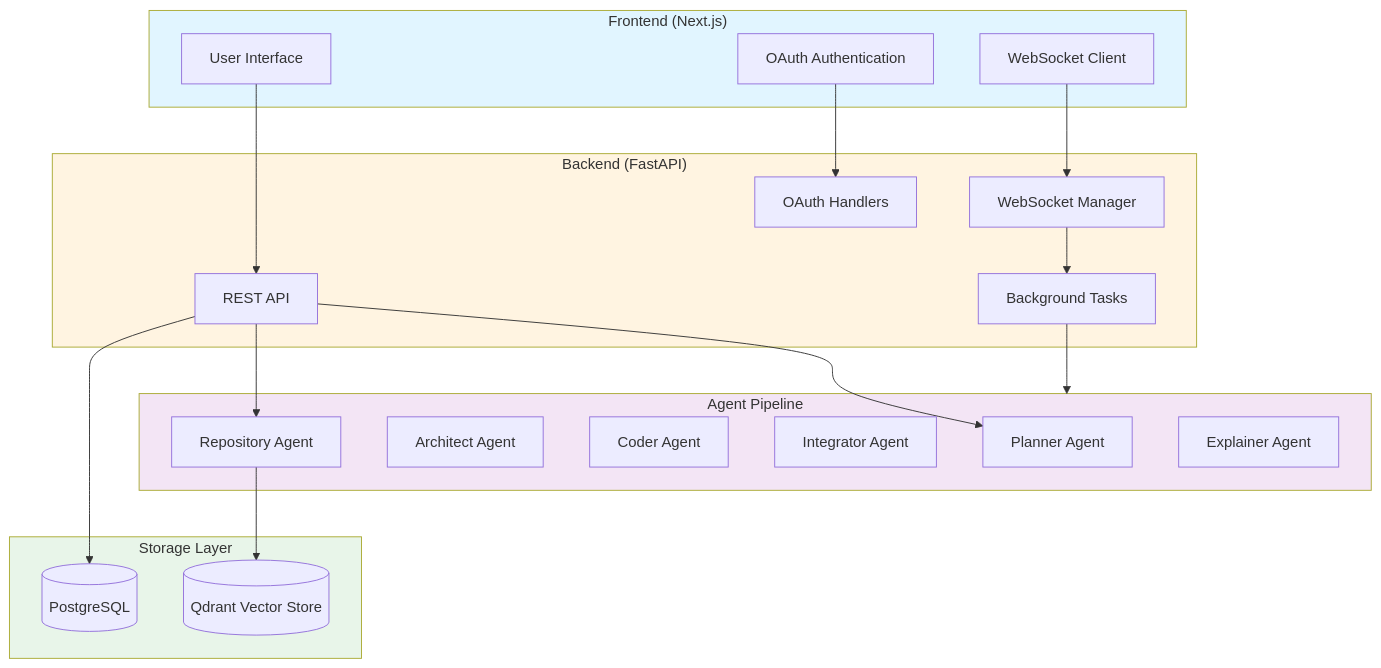
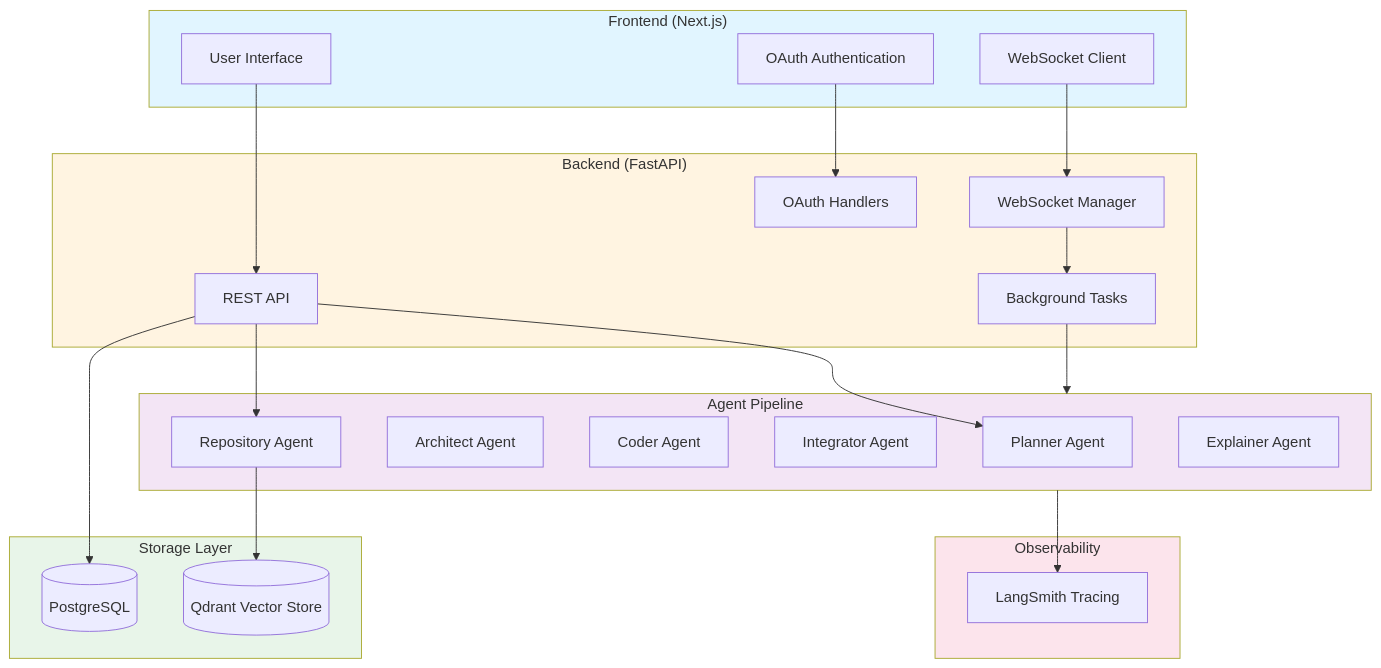
The first of 4 diagrams in README.md (adityaxxz/Adra-AI), drawn with Mermaid before and after one commit. The commit also changed other lines of this file and 3 other files, not shown here.

Commit message:
docs: enhance README with LangSmith observability, OpenTelemetry, Pydantic structured outputs, Gemini embeddings, async architecture details, admin bypass, JWT auth, deterministic chunk IDs, and expanded project structure

````diff
--- a/README.md
+++ b/README.md
@@ -23,44 +27,50 @@
 ```mermaid
 flowchart TB
     subgraph Frontend["Frontend (Next.js)"]
         UI[User Interface]
         Auth[OAuth Authentication]
         WS[WebSocket Client]
     end
     
     subgraph Backend["Backend (FastAPI)"]
         API[REST API]
         OAuth[OAuth Handlers]
         WSManager[WebSocket Manager]
         BGTasks[Background Tasks]
     end
     
     subgraph Storage["Storage Layer"]
         PG[(PostgreSQL)]
         Qdrant[(Qdrant Vector Store)]
     end
     
     subgraph Agents["Agent Pipeline"]
         Planner[Planner Agent]
         Architect[Architect Agent]
         Coder[Coder Agent]
         Integrator[Integrator Agent]
         RepoAgent[Repository Agent]
         Explainer[Explainer Agent]
     end
+
+    subgraph Observability["Observability"]
+        LS[LangSmith Tracing]
+    end
     
     UI --> API
     Auth --> OAuth
     WS --> WSManager
     API --> Planner
     API --> RepoAgent
     WSManager --> BGTasks
     BGTasks --> Agents
     API --> PG
     RepoAgent --> Qdrant
+    Agents --> LS
     
     style Frontend fill:#e1f5ff
     style Backend fill:#fff4e1
     style Storage fill:#e8f5e9
     style Agents fill:#f3e5f5
+    style Observability fill:#fce4ec
 ```
````
